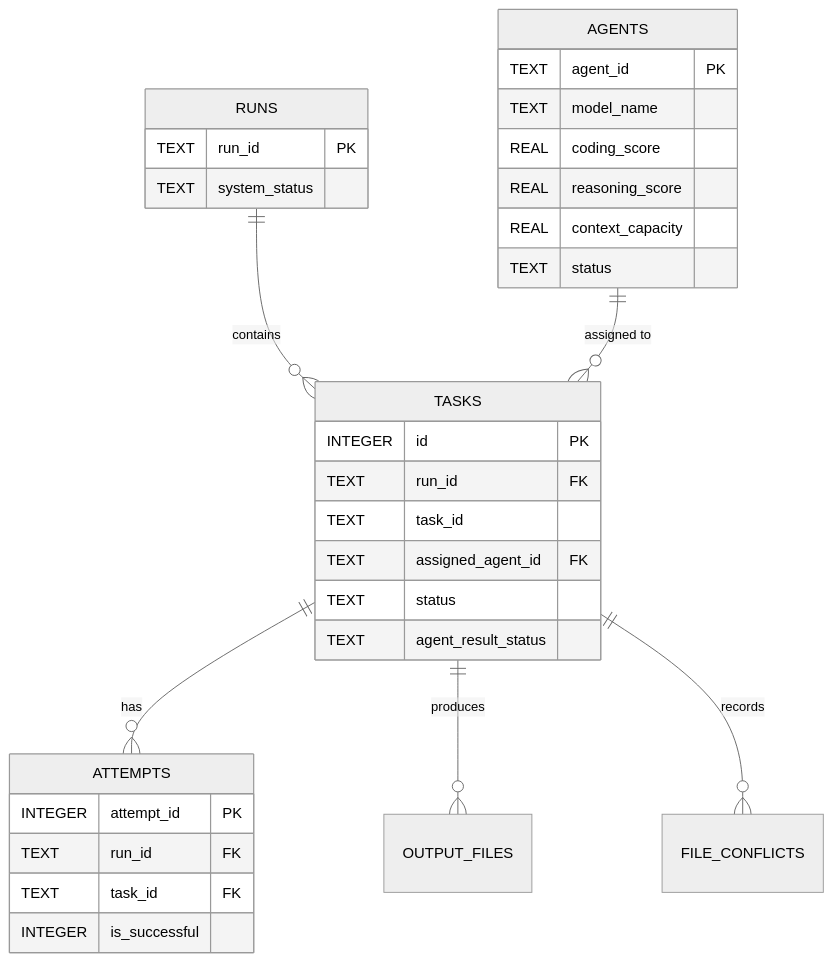
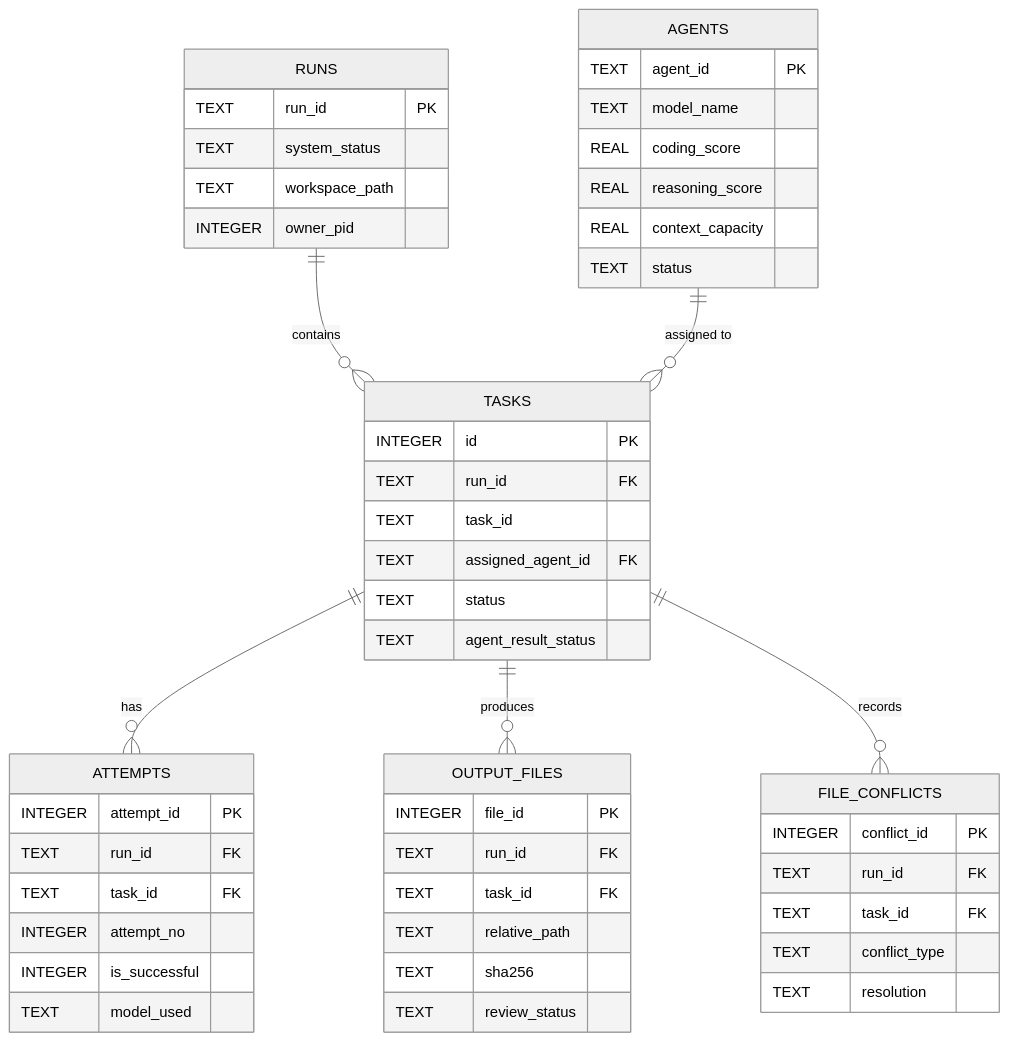
The diagram in docs/DATA_MODEL.md (gorkemcolakk/Distributed-AI-Software-Development-Platform), drawn with Mermaid (neutral theme) before and after one commit. The commit also changed other lines of this file and 6 other files, not shown here.

````diff
--- a/docs/DATA_MODEL.md
+++ b/docs/DATA_MODEL.md
@@ -139,34 +138,53 @@
 ```mermaid
 erDiagram
     RUNS ||--o{ TASKS : "contains"
     AGENTS ||--o{ TASKS : "assigned to"
     TASKS ||--o{ ATTEMPTS : "has"
     TASKS ||--o{ OUTPUT_FILES : "produces"
     TASKS ||--o{ FILE_CONFLICTS : "records"
     RUNS {
         TEXT run_id PK
         TEXT system_status
+        TEXT workspace_path
+        INTEGER owner_pid
     }
     AGENTS {
         TEXT agent_id PK
         TEXT model_name
         REAL coding_score
         REAL reasoning_score
         REAL context_capacity
         TEXT status
     }
     TASKS {
         INTEGER id PK
         TEXT run_id FK
         TEXT task_id
         TEXT assigned_agent_id FK
         TEXT status
         TEXT agent_result_status
     }
     ATTEMPTS {
         INTEGER attempt_id PK
         TEXT run_id FK
         TEXT task_id FK
+        INTEGER attempt_no
         INTEGER is_successful
+        TEXT model_used
+    }
+    OUTPUT_FILES {
+        INTEGER file_id PK
+        TEXT run_id FK
+        TEXT task_id FK
+        TEXT relative_path
+        TEXT sha256
+        TEXT review_status
+    }
+    FILE_CONFLICTS {
+        INTEGER conflict_id PK
+        TEXT run_id FK
+        TEXT task_id FK
+        TEXT conflict_type
+        TEXT resolution
     }
 ```
````
